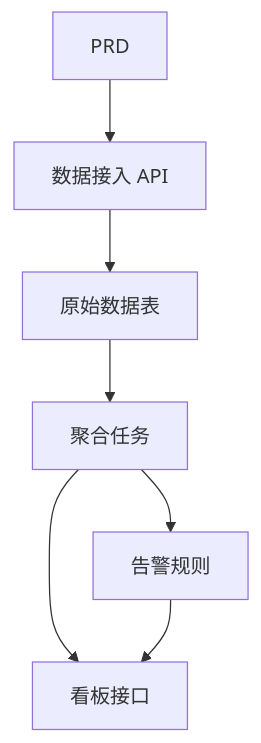
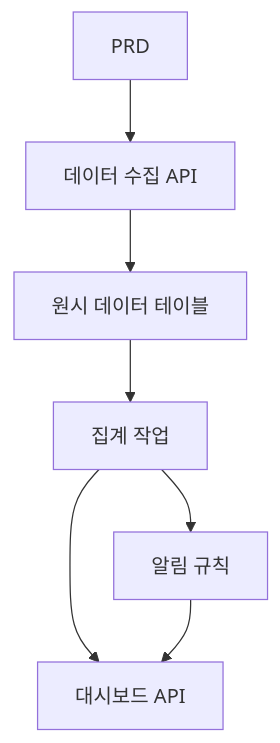
One commit to sketchymonk/easy-vibe changed the diagram in docs/ko-kr/stage-2/assignments/traffic-data-visualization-go/index.md. Above: the diagram before and after it, drawn with Mermaid. The commit also changed other lines of this file and 59 other files, not shown here.

````diff
--- a/docs/ko-kr/stage-2/assignments/traffic-data-visualization-go/index.md
+++ b/docs/ko-kr/stage-2/assignments/traffic-data-visualization-go/index.md
@@ -71,9 +71,9 @@
 ```mermaid
 flowchart TD
-  prd["PRD"] --> ingest["数据接入 API"]
-  ingest --> raw["原始数据表"]
-  raw --> agg["聚合任务"]
-  agg --> alert["告警规则"]
-  agg --> dashboard["看板接口"]
+  prd["PRD"] --> ingest["데이터 수집 API"]
+  ingest --> raw["원시 데이터 테이블"]
+  raw --> agg["집계 작업"]
+  agg --> alert["알림 규칙"]
+  agg --> dashboard["대시보드 API"]
   alert --> dashboard
 ```
````
